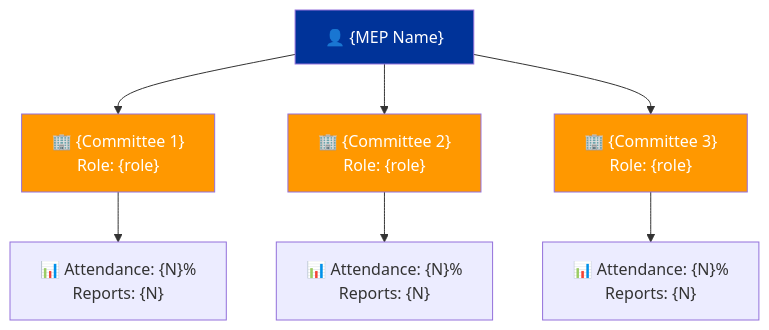
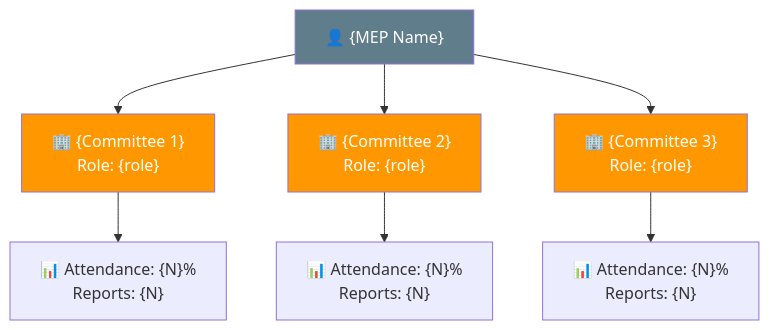
The third of 3 diagrams in docs/analysis-methodology/mep-influence-scorecard.md (Hack23/euparliamentmonitor), drawn with Mermaid before and after one commit. The commit also changed other lines of this file and 2 other files, not shown here.

First line of the commit message:
Fix review comments: NI count in actor table, neutral MEP color, quadrant placeholders

````diff
--- a/docs/analysis-methodology/mep-influence-scorecard.md
+++ b/docs/analysis-methodology/mep-influence-scorecard.md
@@ -128,17 +130,17 @@
 ```mermaid
 flowchart TD
     MEP["👤 {MEP Name}"]
 
     MEP --> C1["🏢 {Committee 1}<br/>Role: {role}"]
     MEP --> C2["🏢 {Committee 2}<br/>Role: {role}"]
     MEP --> C3["🏢 {Committee 3}<br/>Role: {role}"]
 
     C1 --> A1["📊 Attendance: {N}%<br/>Reports: {N}"]
     C2 --> A2["📊 Attendance: {N}%<br/>Reports: {N}"]
     C3 --> A3["📊 Attendance: {N}%<br/>Reports: {N}"]
 
-    style MEP fill:#003399,color:#fff
+    style MEP fill:#607D8B,color:#fff
     style C1 fill:#FF9800,color:#fff
     style C2 fill:#FF9800,color:#fff
     style C3 fill:#FF9800,color:#fff
 ```
````
